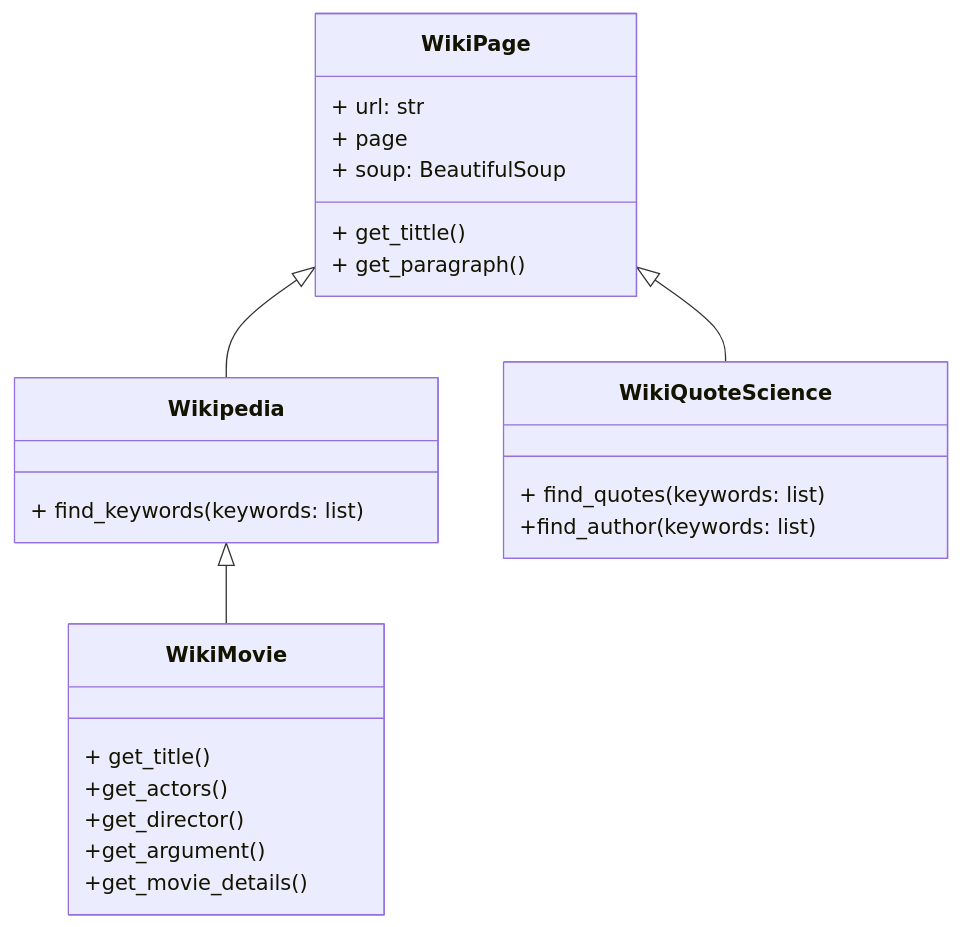
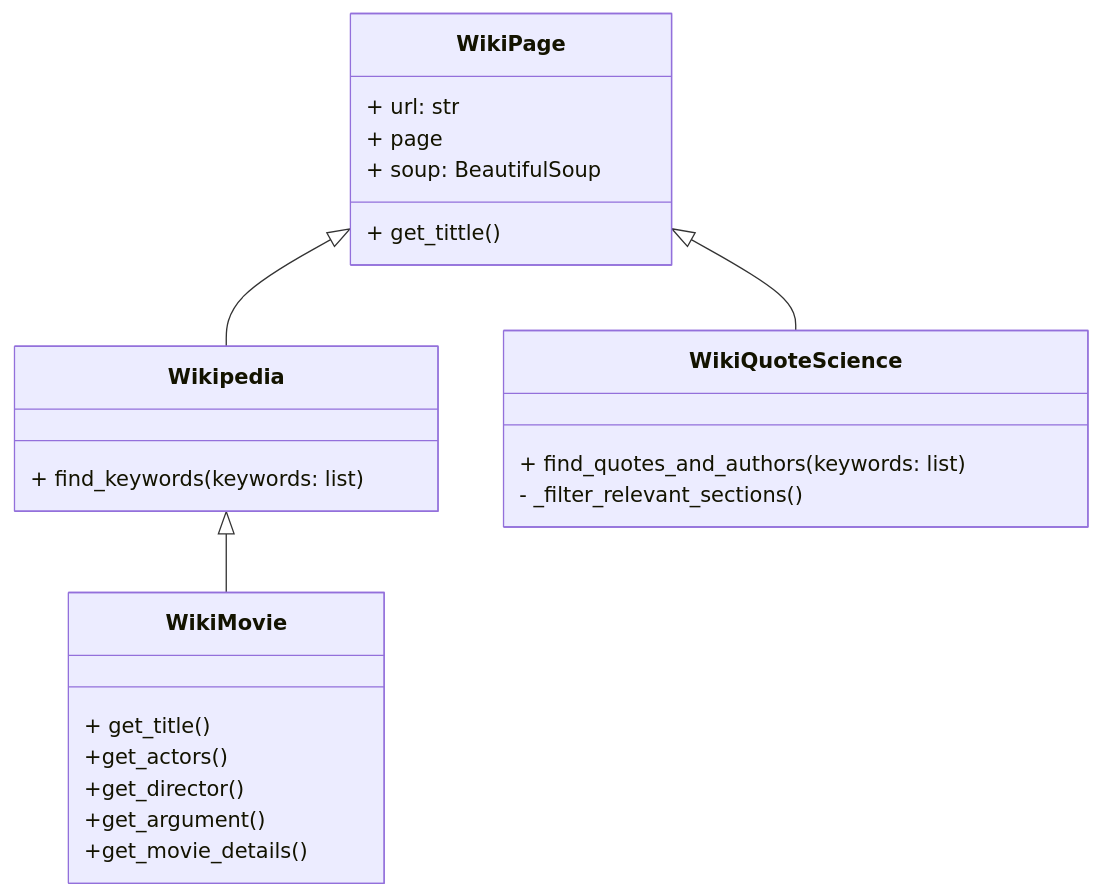
One commit to Dilanpc/MarketMiner changed the second of 3 diagrams in README.md. Above: the diagram before and after it, drawn with Mermaid.

Commit message:
README.md

````diff
--- a/README.md
+++ b/README.md
@@ -151,40 +151,42 @@
 ```mermaid
 
 classDiagram
    WikiPage <|-- Wikipedia
    WikiPage <|-- WikiQuoteScience
    Wikipedia<|-- WikiMovie
     
    
 
    class WikiPage{
         + url: str
         + page
         + soup: BeautifulSoup
 + get_tittle()
-+ get_paragraph()
+
     }
 
     class Wikipedia{
         + find_keywords(keywords: list)
     }
 
     class WikiQuoteScience{
-        + find_quotes(keywords: list)
-+find_author(keywords: list)
+
+        + find_quotes_and_authors(keywords: list)
+- _filter_relevant_sections()
+
 
     }
 
    class WikiMovie{
 
 
         + get_title()
 +get_actors()
 +get_director()
 +get_argument()
 +get_movie_details()
 
     }
     
 
 ```
````
